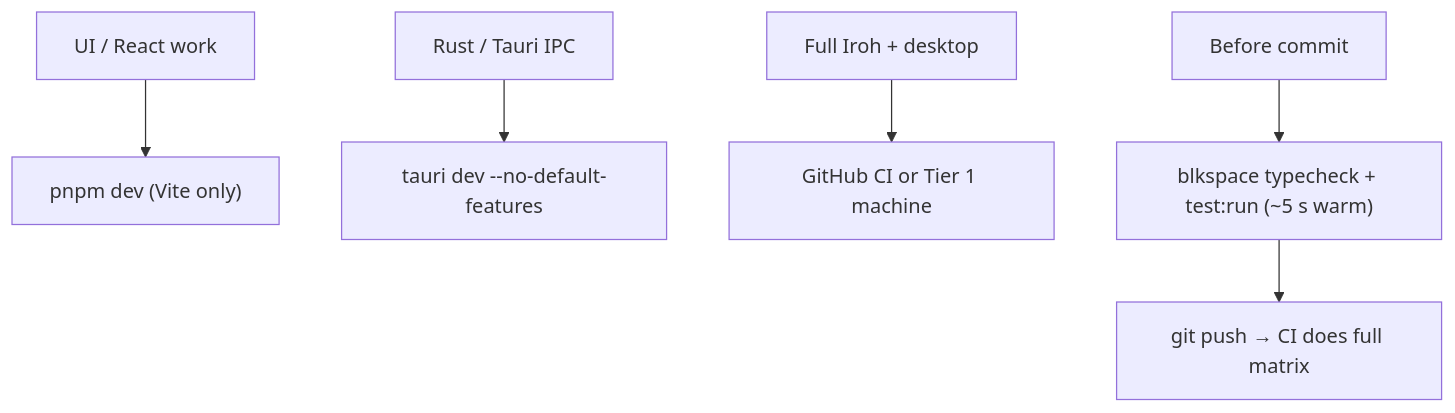
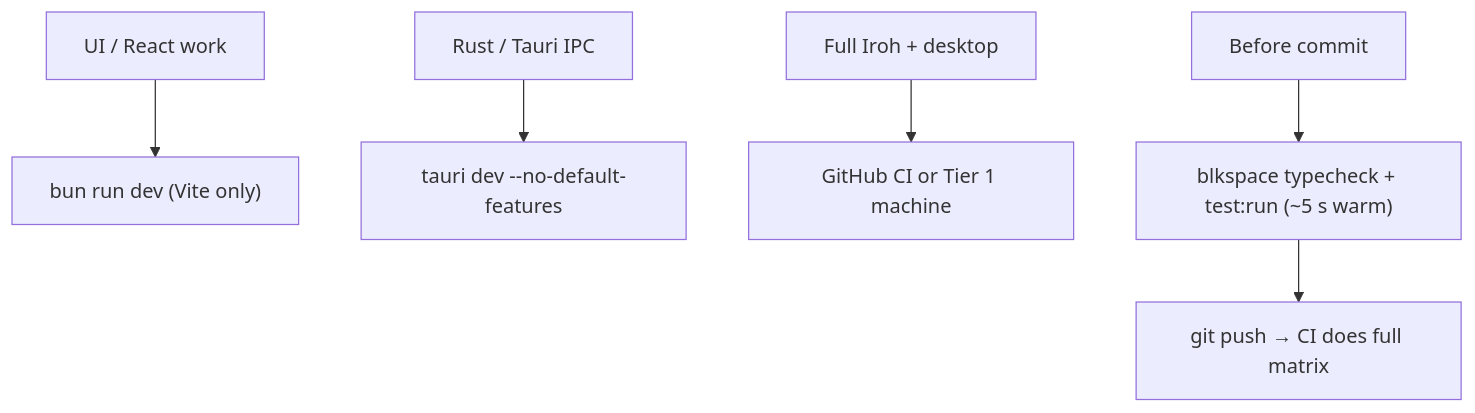
The diagram in docs/TIER0_DEV.md (er1cbrown/BlkSpace), drawn with Mermaid before and after one commit. The commit also changed other lines of this file and 247 other files, not shown here.

First line of the commit message:
fix(ci): Bun-only hygiene, Pages workflow, and test gates for green main

````diff
--- a/docs/TIER0_DEV.md
+++ b/docs/TIER0_DEV.md
@@ -167,8 +167,8 @@
 ```mermaid
 flowchart TD
-  A[UI / React work] --> B["pnpm dev (Vite only)"]
+  A[UI / React work] --> B["bun run dev (Vite only)"]
   C[Rust / Tauri IPC] --> D["tauri dev --no-default-features"]
   E[Full Iroh + desktop] --> F[GitHub CI or Tier 1 machine]
   G[Before commit] --> H["blkspace typecheck + test:run (~5 s warm)"]
   H --> I[git push → CI does full matrix]
 ```
````
